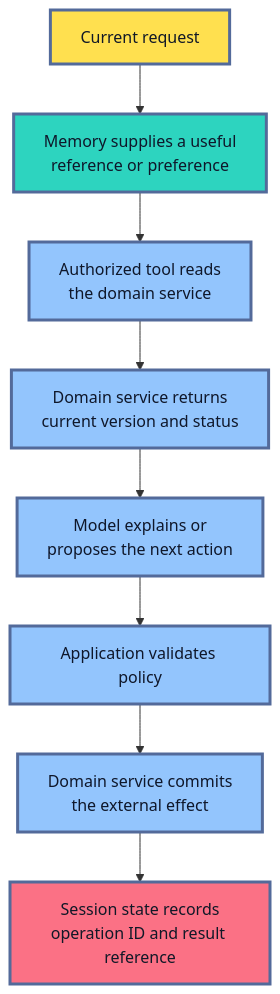
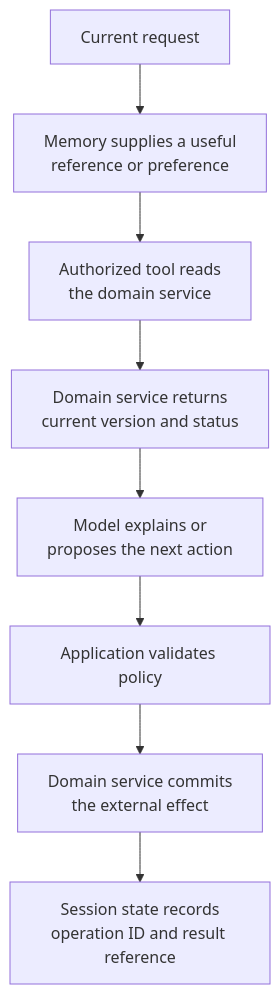
One commit to senlinyy/dev-roadmaps changed the eighth of 14 diagrams in roadmaps/mlops/modules/llmops/context-engineering/03-memory-and-state.md. Above: the diagram before and after it, drawn with Mermaid. The commit also changed other lines of this file and 152 other files, not shown here.

Commit message:
feat: mlops and diagrams updated

````diff
--- a/roadmaps/mlops/modules/llmops/context-engineering/03-memory-and-state.md
+++ b/roadmaps/mlops/modules/llmops/context-engineering/03-memory-and-state.md
@@ -506,19 +482,15 @@
 ```mermaid
 flowchart TD
     A["Current request"] --> B["Memory supplies a useful<br/>reference or preference"]
     B --> C["Authorized tool reads<br/>the domain service"]
     C --> D["Domain service returns<br/>current version and status"]
     D --> E["Model explains or<br/>proposes the next action"]
     E --> F["Application validates policy"]
     F --> G["Domain service commits<br/>the external effect"]
     G --> H["Session state records<br/>operation ID and result reference"]
 
-    classDef request fill:#FFE04F,stroke:#536A9A,stroke-width:3px,color:#111827
-    classDef memory fill:#2DD4BF,stroke:#536A9A,stroke-width:3px,color:#0F172A
-    classDef domain fill:#93C5FD,stroke:#536A9A,stroke-width:3px,color:#0F172A
-    classDef state fill:#FB7185,stroke:#536A9A,stroke-width:3px,color:#111827
     class A request
     class B memory
     class C,D,E,F,G domain
     class H state
 ```
````
